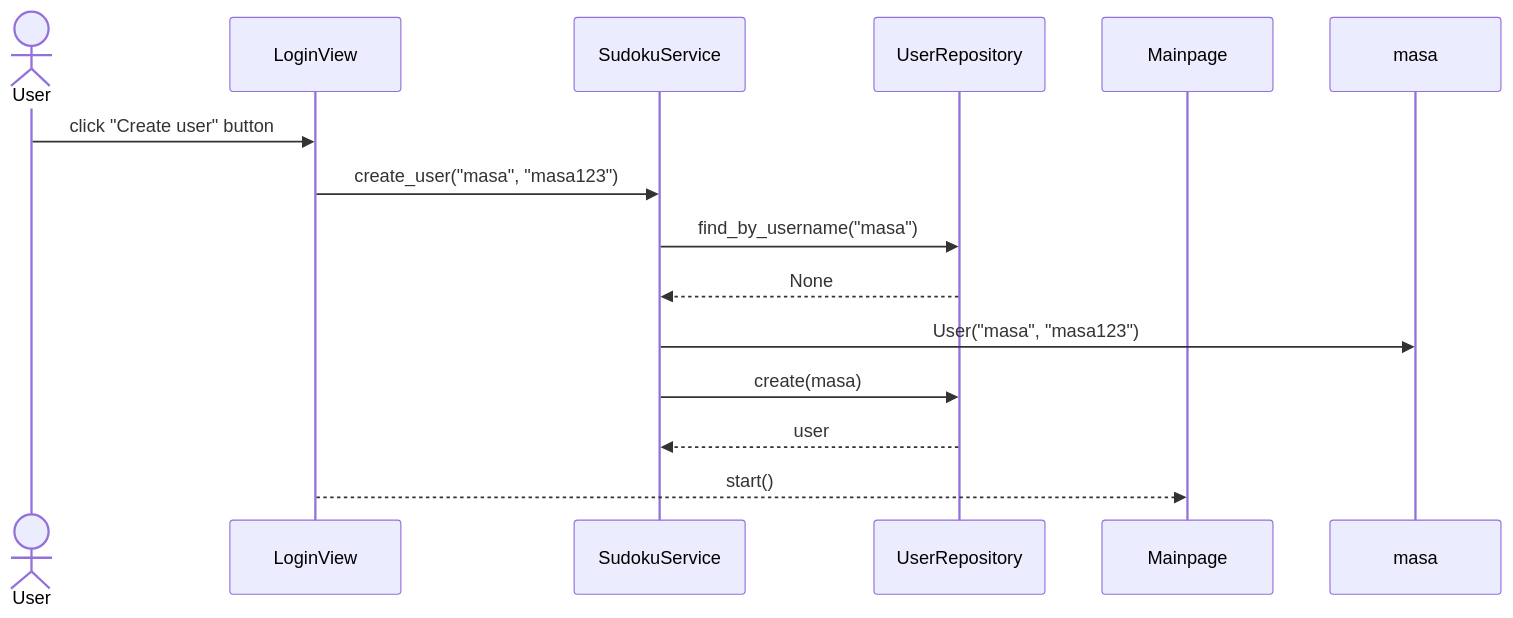
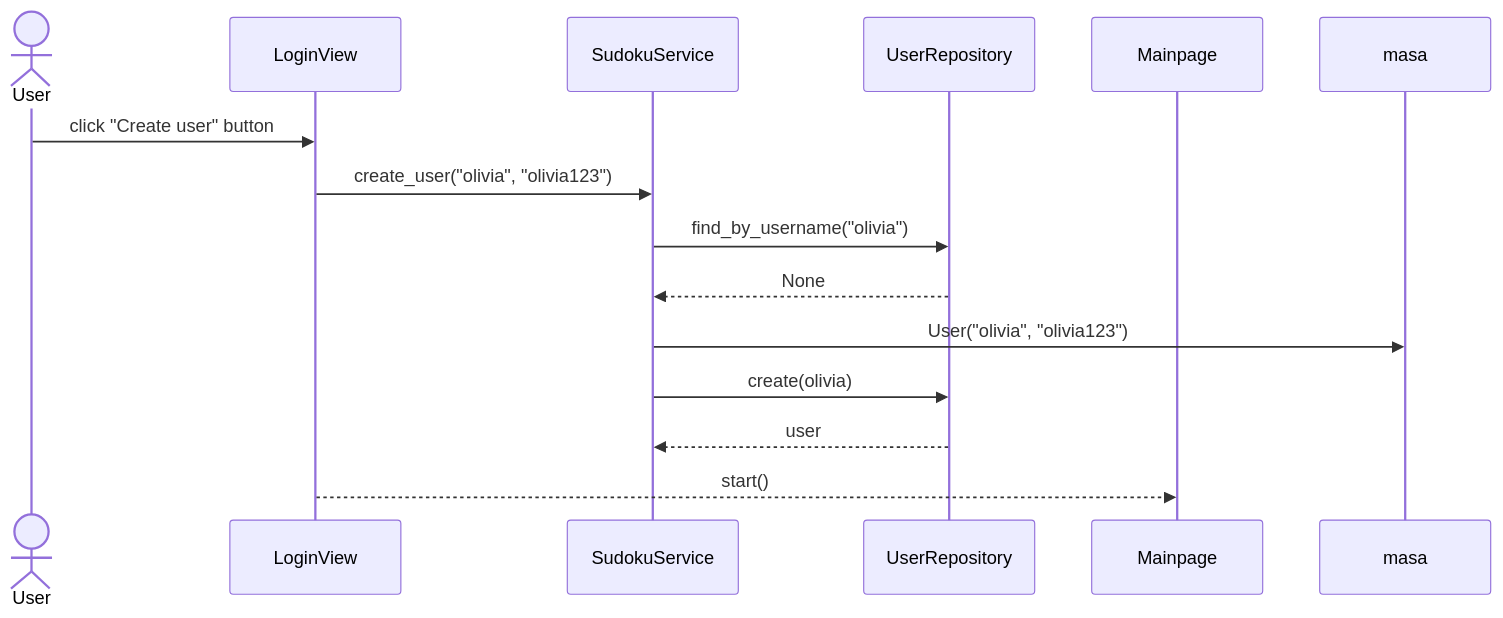
One commit to oliviahorjamo/OhTe-harjoitustyo-2022 changed the second of 2 diagrams in dokumentaatio/arkkitehtuuri.md. Above: the diagram before and after it, drawn with Mermaid.

````diff
--- a/dokumentaatio/arkkitehtuuri.md
+++ b/dokumentaatio/arkkitehtuuri.md
@@ -47,17 +47,16 @@
 ```mermaid
 sequenceDiagram
   actor User
   participant LoginView
   participant SudokuService
   participant UserRepository
   participant Mainpage
-  participant masa
   User->>LoginView: click "Create user" button
-  LoginView->>SudokuService: create_user("masa", "masa123")
-  SudokuService->>UserRepository: find_by_username("masa")
+  LoginView->>SudokuService: create_user("olivia", "olivia123")
+  SudokuService->>UserRepository: find_by_username("olivia")
   UserRepository-->>SudokuService: None
-  SudokuService->>masa: User("masa", "masa123")
-  SudokuService->>UserRepository: create(masa)
+  SudokuService->>masa: User("olivia", "olivia123")
+  SudokuService->>UserRepository: create(olivia)
   UserRepository-->>SudokuService: user
   LoginView -->> Mainpage: start()
 ```
````
